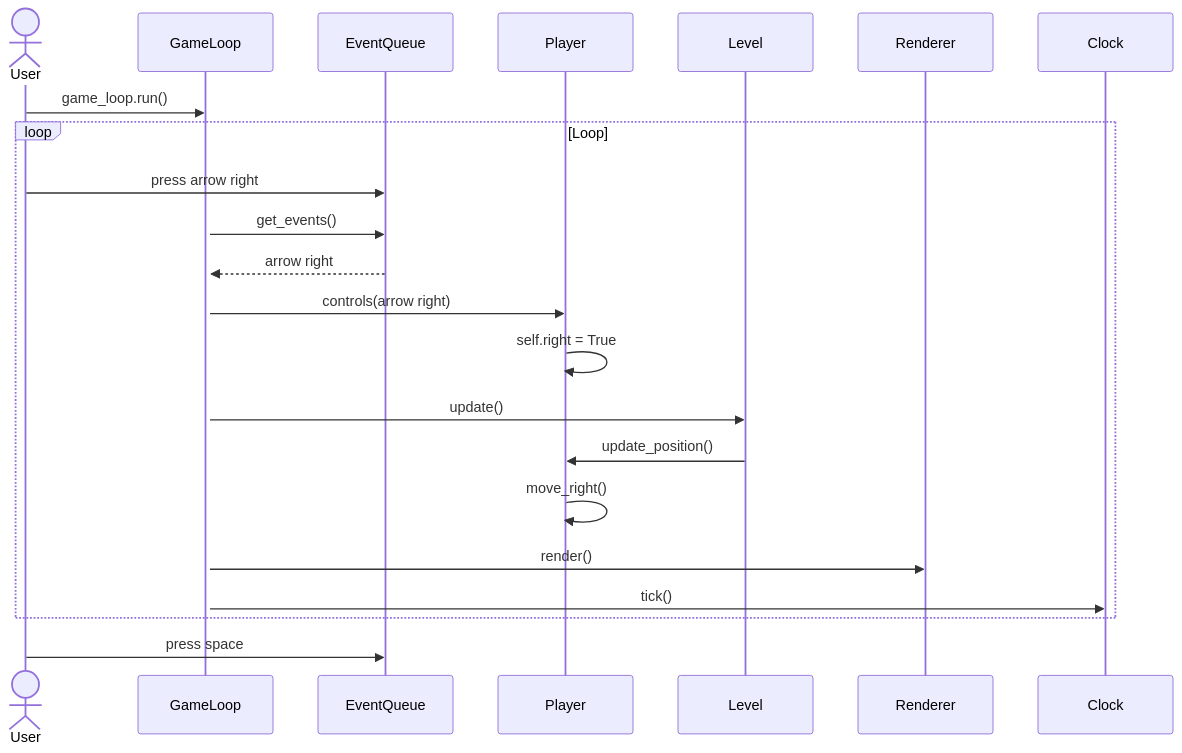
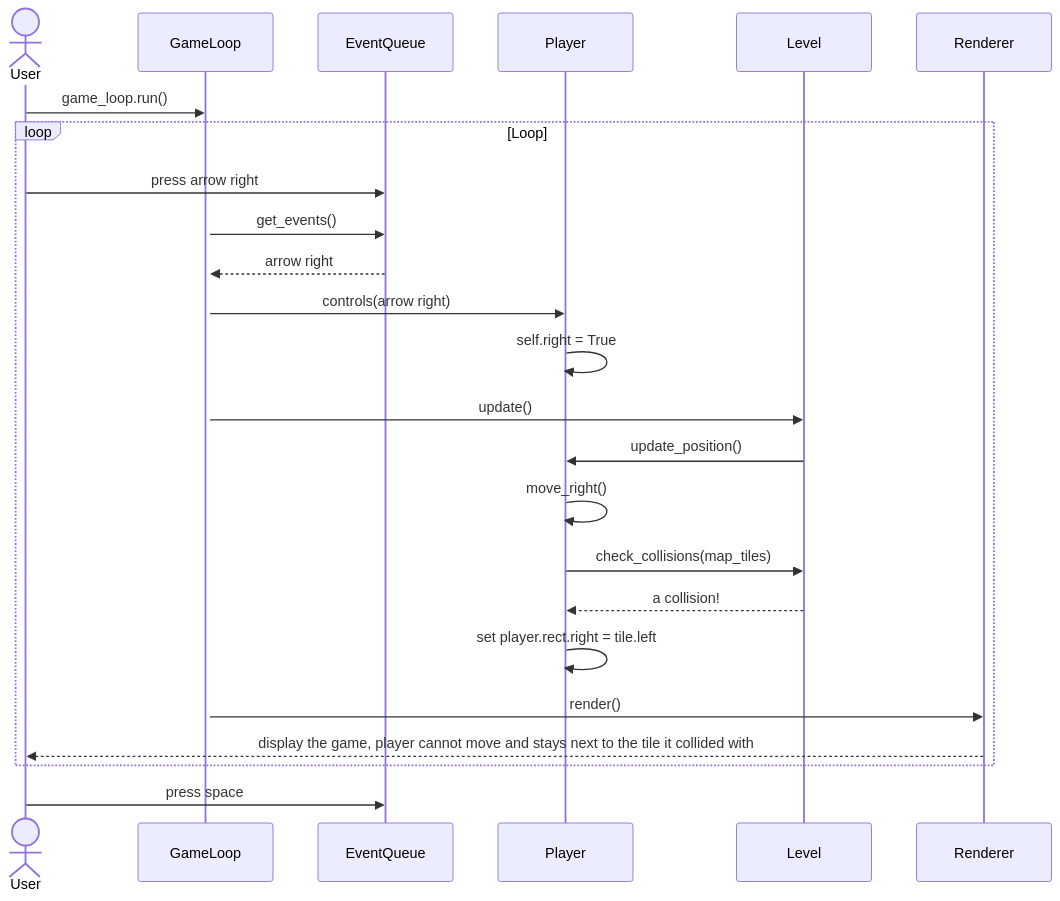
One commit to eemilhaa/ot-harjoitustyo changed the third of 3 diagrams in documentation/architecture.md. Above: the diagram before and after it, drawn with Mermaid. The commit also changed other lines of this file, not shown here.

````diff
--- a/documentation/architecture.md
+++ b/documentation/architecture.md
@@ -196,22 +197,25 @@
 ```mermaid
 sequenceDiagram
 actor User
 
 User->>GameLoop: game_loop.run()
 activate GameLoop
 loop Loop
   User->>EventQueue: press arrow right
   GameLoop->>EventQueue: get_events()
   EventQueue-->>GameLoop: arrow right
   GameLoop->>Player: controls(arrow right)
   Player->>Player: self.right = True
   
   GameLoop->>Level: update()
   Level->>Player: update_position()
   Player->>Player: move_right()
+  Player->>Level: check_collisions(map_tiles)
+  Level-->>Player: a collision!
+  Player->>Player: set player.rect.right = tile.left 
   GameLoop->>Renderer: render()
-  GameLoop->>Clock: tick()
+  Renderer-->>User: display the game, player cannot move and stays next to the tile it collided with
 end
 User->>EventQueue: press space
 
 ```
````
